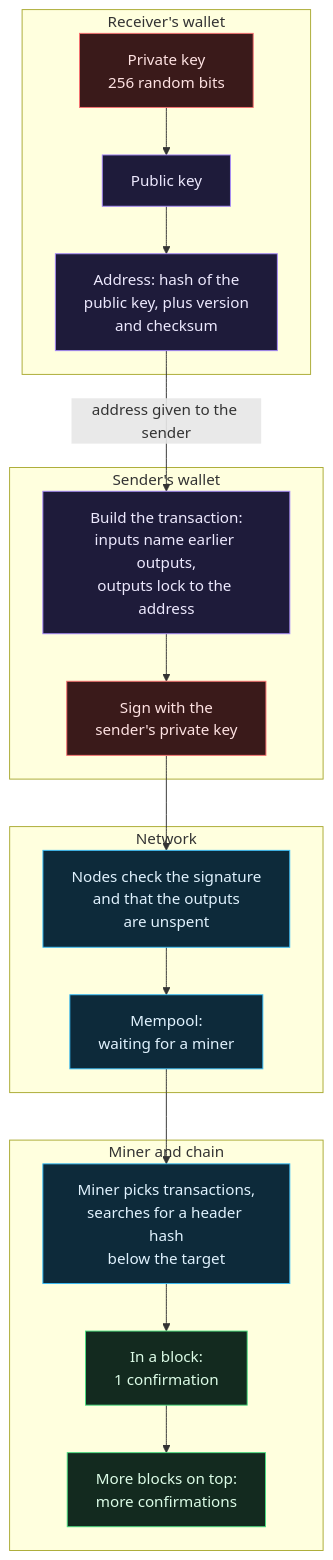
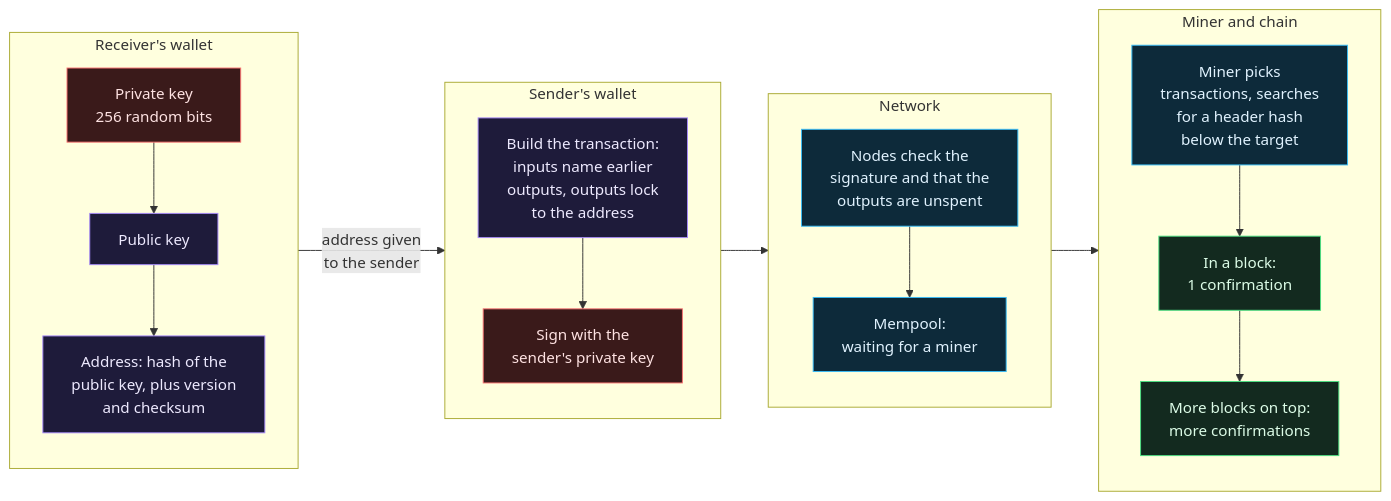
The second of 5 diagrams in docs/wiki/How-Bitcoin-Works-Keys-UTXOs-Mining-and-Why-It-Is-Pseudonymous-and-Traceable.md (ChiefGyk3D/Clouds-Against-Humanity), drawn with Mermaid before and after one commit. The commit also changed other lines of this file and 6 other files, not shown here.

Commit message:
docs: American spelling, shorter alt text, wide diagram layouts and a folded sidebar group for the Bitcoin lesson (#397)

````diff
--- a/docs/wiki/How-Bitcoin-Works-Keys-UTXOs-Mining-and-Why-It-Is-Pseudonymous-and-Traceable.md
+++ b/docs/wiki/How-Bitcoin-Works-Keys-UTXOs-Mining-and-Why-It-Is-Pseudonymous-and-Traceable.md
@@ -108,23 +108,27 @@
 ```mermaid
-flowchart TB
+flowchart LR
     subgraph recv["Receiver's wallet"]
+        direction TB
         k1["Private key<br/>256 random bits"]:::secret --> k2["Public key"]:::plain --> k3["Address: hash of the<br/>public key, plus version<br/>and checksum"]:::plain
     end
     subgraph send["Sender's wallet"]
-        t1["Build the transaction:<br/>inputs name earlier outputs,<br/>outputs lock to the address"]:::plain --> t2["Sign with the<br/>sender's private key"]:::secret
+        direction TB
+        t1["Build the transaction:<br/>inputs name earlier<br/>outputs, outputs lock<br/>to the address"]:::plain --> t2["Sign with the<br/>sender's private key"]:::secret
     end
     subgraph net["Network"]
-        n1["Nodes check the signature<br/>and that the outputs<br/>are unspent"]:::net --> n2["Mempool:<br/>waiting for a miner"]:::net
+        direction TB
+        n1["Nodes check the<br/>signature and that the<br/>outputs are unspent"]:::net --> n2["Mempool:<br/>waiting for a miner"]:::net
     end
     subgraph blk["Miner and chain"]
-        m1["Miner picks transactions,<br/>searches for a header hash<br/>below the target"]:::net --> m2["In a block:<br/>1 confirmation"]:::ok --> m3["More blocks on top:<br/>more confirmations"]:::ok
+        direction TB
+        m1["Miner picks<br/>transactions, searches<br/>for a header hash<br/>below the target"]:::net --> m2["In a block:<br/>1 confirmation"]:::ok --> m3["More blocks on top:<br/>more confirmations"]:::ok
     end
-    k3 -- "address given to the sender" --> t1
-    t2 --> n1
-    n2 --> m1
+    recv -- "address given<br/>to the sender" --> send
+    send --> net
+    net --> blk
 
     classDef secret fill:#3a1a1a,stroke:#f87171,color:#fee2e2
     classDef plain fill:#1e1b3a,stroke:#a78bfa,color:#ede9fe
     classDef net fill:#0d2a3a,stroke:#38bdf8,color:#e0f2fe
     classDef ok fill:#132a1f,stroke:#4ade80,color:#dcfce7
 ```
````
